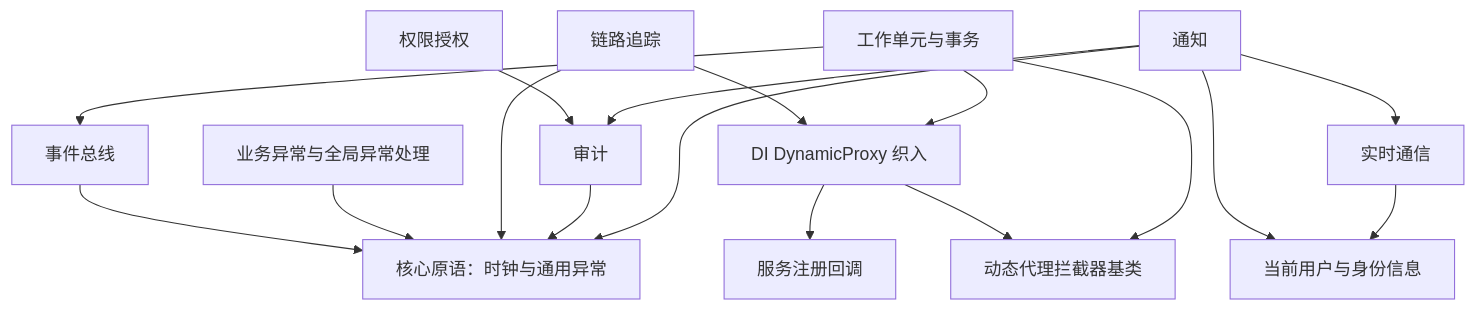
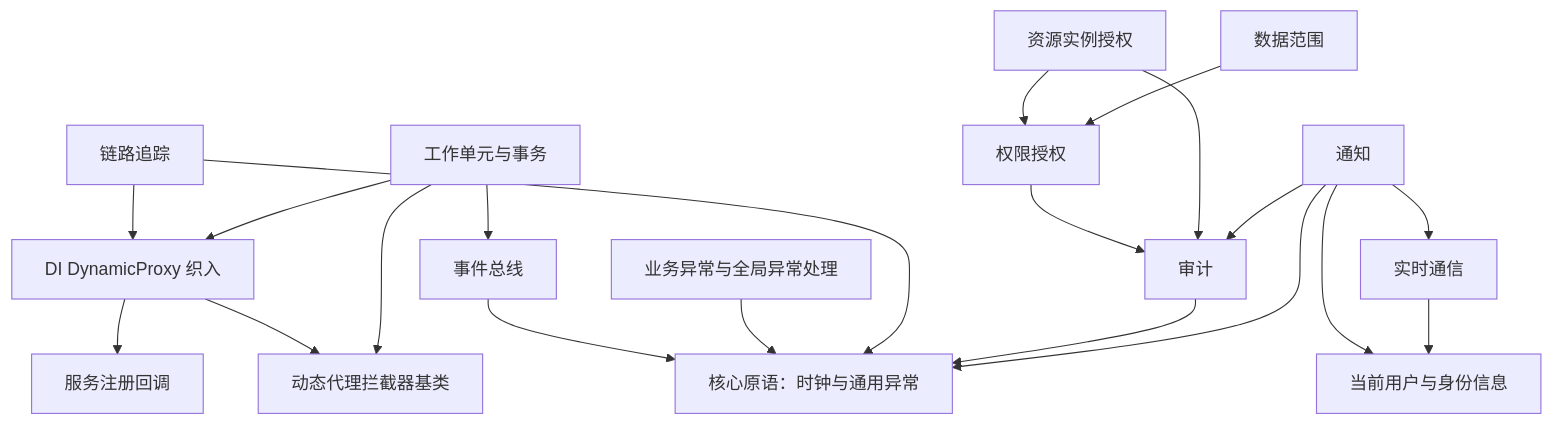
One commit to zengqinglei/leistd-net changed the diagram in framework/docs/components/README.md. Above: the diagram before and after it, drawn with Mermaid. The commit also changed other lines of this file and 158 other files, not shown here.

````diff
--- a/framework/docs/components/README.md
+++ b/framework/docs/components/README.md
@@ -30,22 +32,25 @@
 ```mermaid
 graph TD
     dependency-injection-dynamic-proxy[DI DynamicProxy 织入] --> dependency-injection[服务注册回调]
     dependency-injection-dynamic-proxy --> aop[动态代理拦截器基类]
 
     event-bus[事件总线] --> core[核心原语：时钟与通用异常]
     exception[业务异常与全局异常处理] --> core
     tracing[链路追踪] --> core
     tracing --> dependency-injection-dynamic-proxy
 
     unit-of-work[工作单元与事务] --> aop
     unit-of-work --> dependency-injection-dynamic-proxy
     unit-of-work --> event-bus
 
     auditing[审计] --> core
     authorization[权限授权] --> auditing
+    authorizationResource[资源实例授权] --> authorization
+    authorizationResource --> auditing
+    authorizationDataScope[数据范围] --> authorization
     notifications[通知] --> core
     notifications --> auditing
     notifications --> security[当前用户与身份信息]
     notifications --> realtime[实时通信]
     realtime --> security
 ```
````
